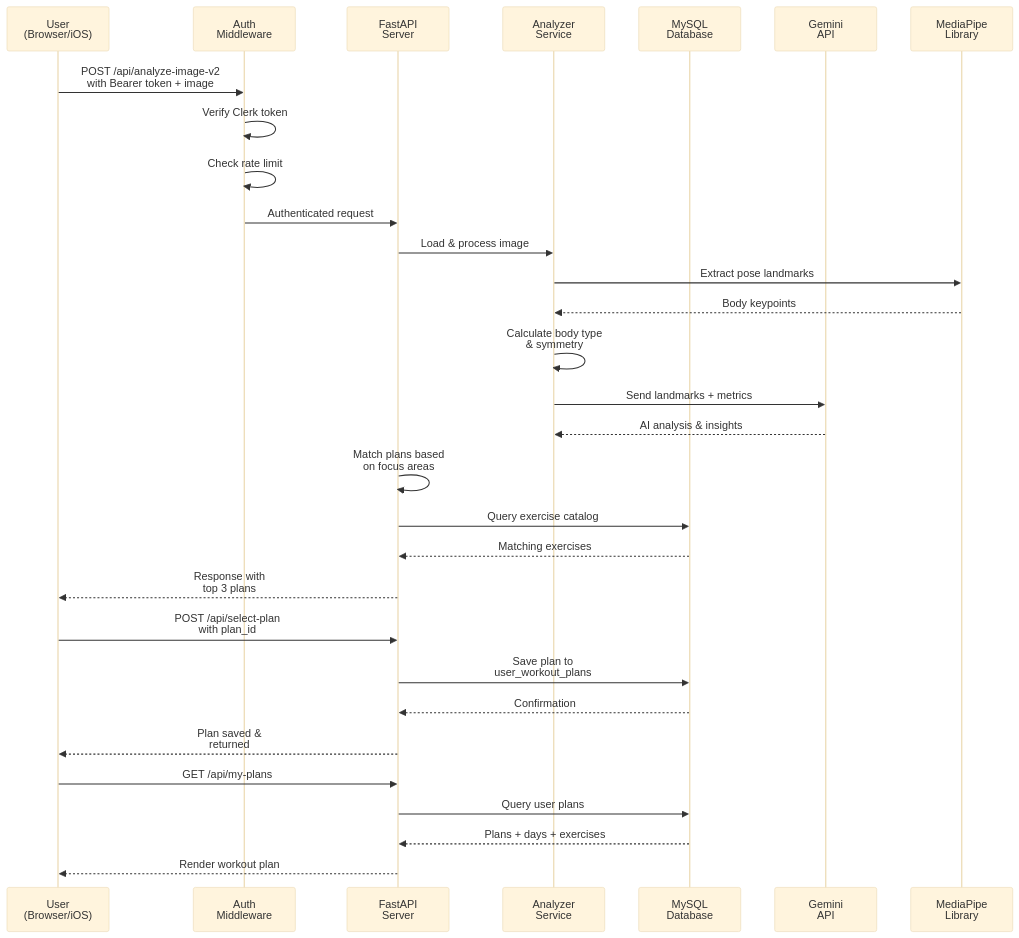
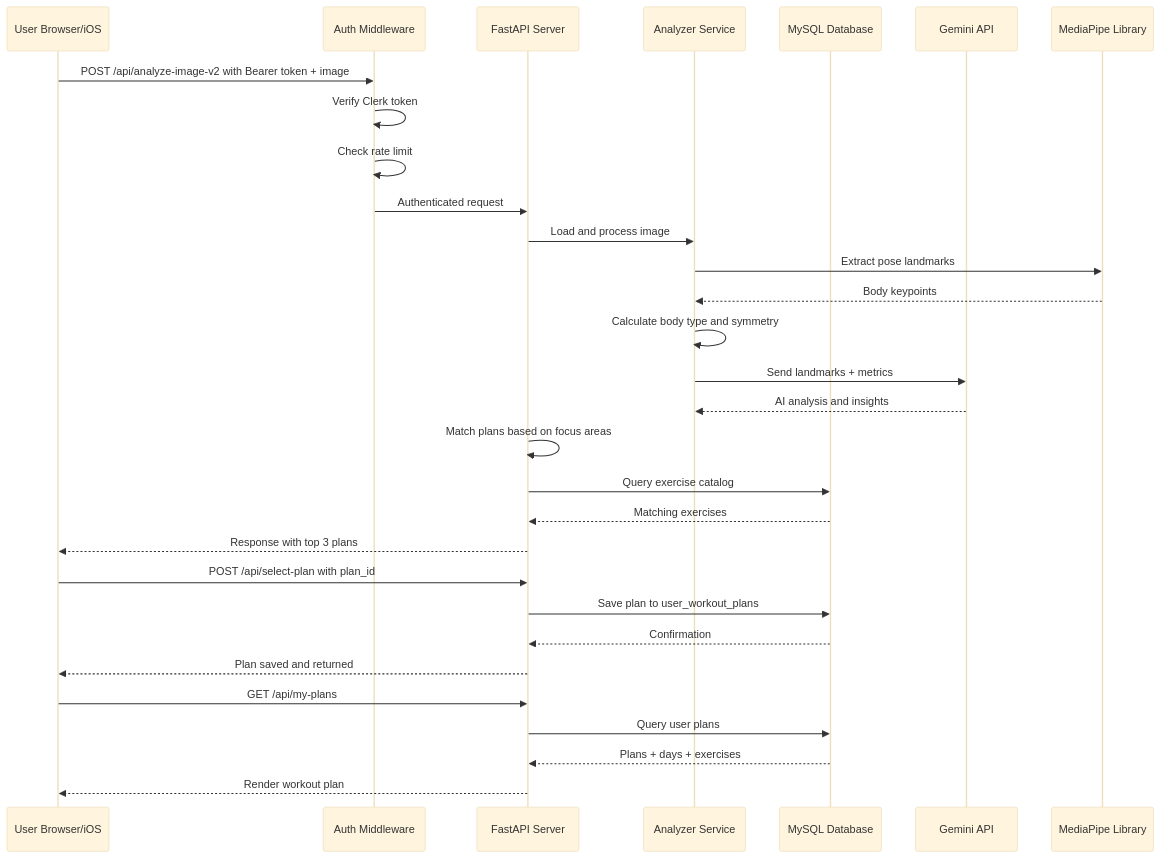
Before and after one commit to moazanTUS/sculptfitt: the third of 3 diagrams in DATABASE_ARCHITECTURE.md, drawn with Mermaid (base theme). The commit also changed other lines of this file, not shown here.

````diff
--- a/DATABASE_ARCHITECTURE.md
+++ b/DATABASE_ARCHITECTURE.md
@@ -138,40 +127,40 @@
 ```mermaid
 sequenceDiagram
-    participant User as User<br/>(Browser/iOS)
-    participant Auth as Auth<br/>Middleware
-    participant API as FastAPI<br/>Server
-    participant Analyzer as Analyzer<br/>Service
-    participant DB as MySQL<br/>Database
-    participant Gemini as Gemini<br/>API
-    participant MediaPipe as MediaPipe<br/>Library
+    participant User as User Browser/iOS
+    participant Auth as Auth Middleware
+    participant API as FastAPI Server
+    participant Analyzer as Analyzer Service
+    participant DB as MySQL Database
+    participant Gemini as Gemini API
+    participant MediaPipe as MediaPipe Library
     
-    User->>Auth: POST /api/analyze-image-v2<br/>with Bearer token + image
+    User->>Auth: POST /api/analyze-image-v2 with Bearer token + image
     Auth->>Auth: Verify Clerk token
     Auth->>Auth: Check rate limit
     Auth->>API: Authenticated request
     
-    API->>Analyzer: Load & process image
+    API->>Analyzer: Load and process image
     Analyzer->>MediaPipe: Extract pose landmarks
     MediaPipe-->>Analyzer: Body keypoints
-    Analyzer->>Analyzer: Calculate body type<br/>& symmetry
+    Analyzer->>Analyzer: Calculate body type and symmetry
     
     Analyzer->>Gemini: Send landmarks + metrics
-    Gemini-->>Analyzer: AI analysis & insights
+    Gemini-->>Analyzer: AI analysis and insights
     
-    API->>API: Match plans based<br/>on focus areas
+    API->>API: Match plans based on focus areas
     API->>DB: Query exercise catalog
     DB-->>API: Matching exercises
     
-    API-->>User: Response with<br/>top 3 plans
+    API-->>User: Response with top 3 plans
     
-    User->>API: POST /api/select-plan<br/>with plan_id
-    API->>DB: Save plan to<br/>user_workout_plans
+    User->>API: POST /api/select-plan with plan_id
+    API->>DB: Save plan to user_workout_plans
     DB-->>API: Confirmation
     
-    API-->>User: Plan saved &<br/>returned
+    API-->>User: Plan saved and returned
     
     User->>API: GET /api/my-plans
     API->>DB: Query user plans
     DB-->>API: Plans + days + exercises
     API-->>User: Render workout plan
 ```
````
